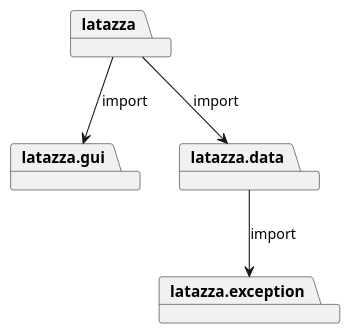
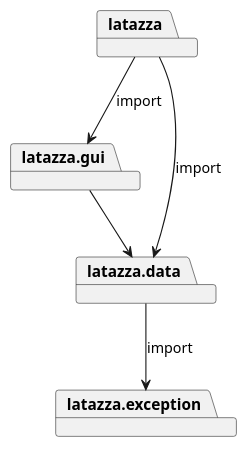
One commit to salvatore-dimartino/LaTazza changed the first of 7 diagrams in templates/DesignDocumentTemplate.md. Above: the diagram before and after it, drawn with PlantUML.

````diff
--- a/templates/DesignDocumentTemplate.md
+++ b/templates/DesignDocumentTemplate.md
@@ -28,14 +28,15 @@
 ```plantuml
 @startuml
 
 package latazza.gui
 package latazza.data
 package latazza.exception
 package latazza
 
 latazza --> latazza.gui: import
 latazza --> latazza.data: import
 latazza.data --> latazza.exception: import
+latazza.gui --> latazza.data
 
 @enduml
 ```
````
